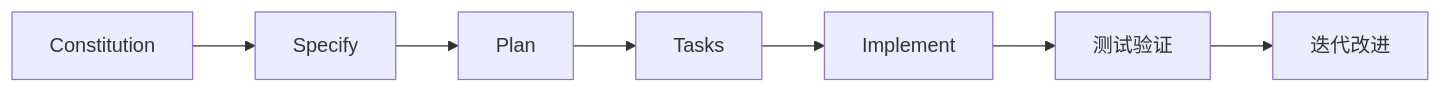
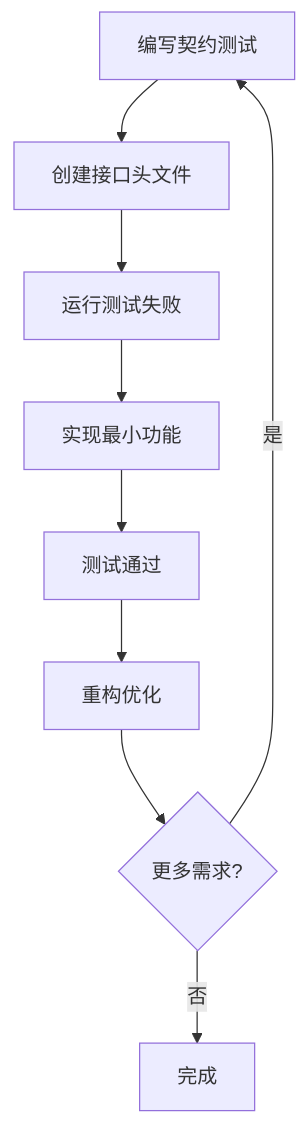
One commit to YanqingXu/lua_cpp changed the diagram in README.md. Above: the diagram before and after it, drawn with Mermaid. The commit also changed other lines of this file and 25 other files, not shown here.

````diff
--- a/README.md
+++ b/README.md
@@ -29,9 +46,11 @@
 ```mermaid
-graph LR
-    A[Constitution] --> B[Specify]
-    B --> C[Plan]
-    C --> D[Tasks]
-    D --> E[Implement]
-    E --> F[测试验证]
-    F --> G[迭代改进]
+graph TD
+    A[编写契约测试] --> B[创建接口头文件]
+    B --> C[运行测试失败]
+    C --> D[实现最小功能]
+    D --> E[测试通过]
+    E --> F[重构优化]
+    F --> G{更多需求?}
+    G -->|是| A
+    G -->|否| H[完成]
 ```
````
